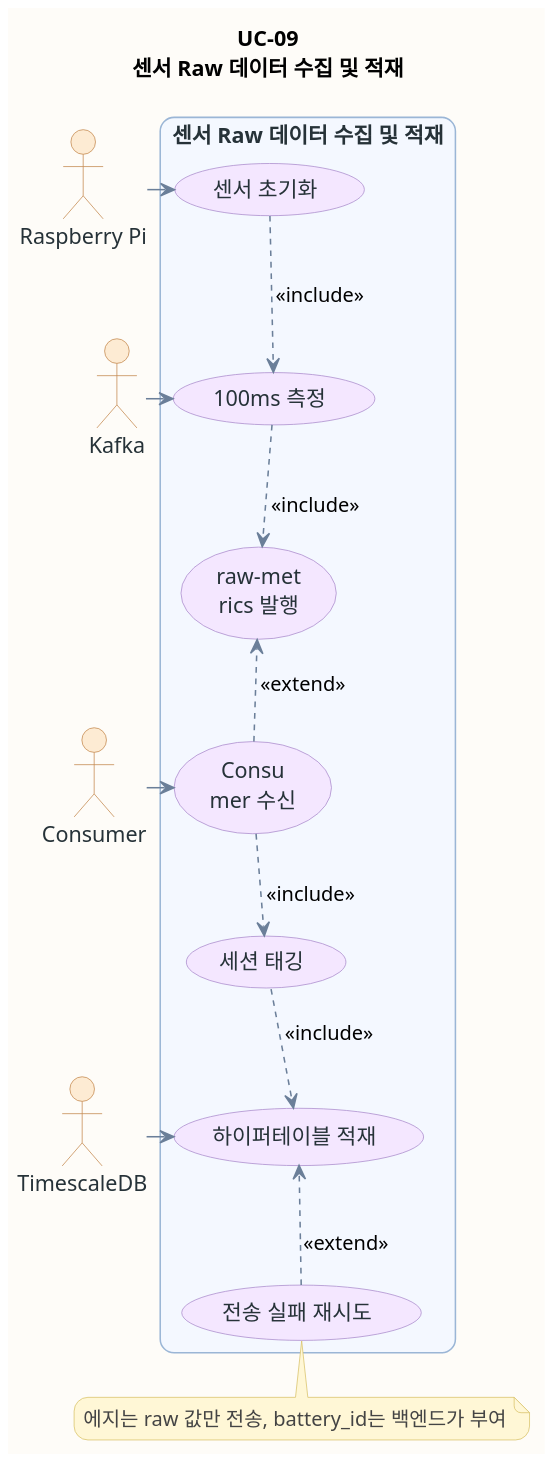
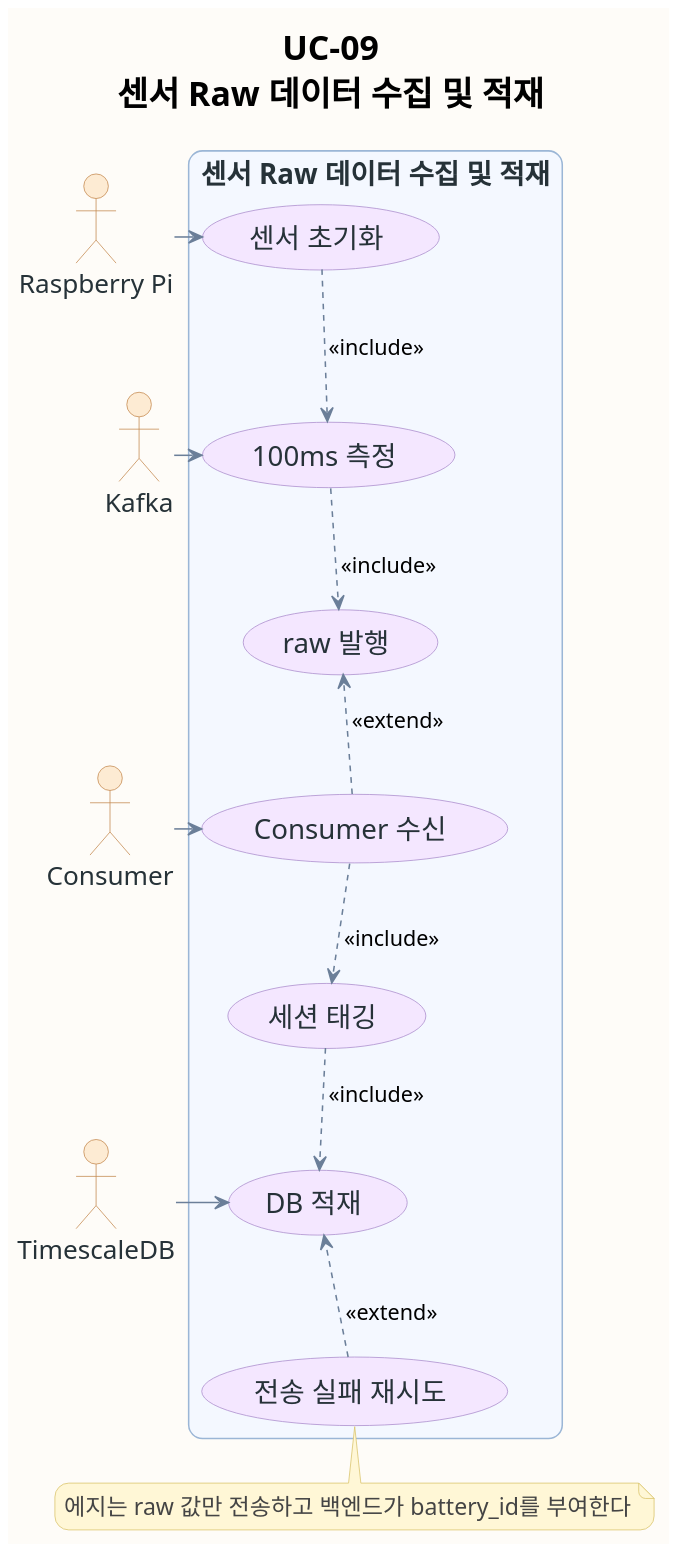
One commit to ricky30825-creator/BMS changed the diagram in assets/diagrams/usecase/uc-09-usecase.puml. Above: the diagram before and after it, drawn with PlantUML. The commit also changed 32 other files, not shown here.

Commit message:
docs: normalize usecase diagram typography

```diff
--- a/assets/diagrams/usecase/uc-09-usecase.puml
+++ b/assets/diagrams/usecase/uc-09-usecase.puml
@@ -1,67 +1,73 @@
 @startuml
 !pragma layout smetana
 skinparam backgroundColor #FEFCF8
 skinparam shadowing false
 skinparam dpi 180
 skinparam defaultFontName "AppleGothic"
+skinparam defaultFontSize 18
+skinparam TitleFontSize 22
+skinparam ActorFontSize 17
+skinparam UsecaseFontSize 18
+skinparam NoteFontSize 15
+skinparam ArrowFontSize 14
 skinparam roundcorner 18
 skinparam usecase {
   BackgroundColor #F8FAFC
   BorderColor #8EA7C2
   ArrowColor #6B7F99
   FontColor #263238
 }
 skinparam actor {
   BackgroundColor #FDEBD3
   BorderColor #C58A50
   FontColor #263238
 }
 skinparam rectangle {
   BackgroundColor #F4F8FF
   BorderColor #9BB6D6
   FontColor #263238
 }
 skinparam note {
   BackgroundColor #FFF7D6
   BorderColor #D9C36A
   FontColor #444444
 }
 top to bottom direction
 skinparam usecase {
   BackgroundColor #F4E7FF
   BorderColor #AA8DCC
 }
 title UC-09\n센서 Raw 데이터 수집 및 적재
 actor "Raspberry Pi" as A
 actor "Kafka" as S1
 actor "Consumer" as S2
 actor "TimescaleDB" as S3
 rectangle "센서 Raw 데이터 수집 및 적재" {
   usecase "센서 초기화" as U1
   usecase "100ms 측정" as U2
-  usecase "raw-met\nrics 발행" as U3
-  usecase "Consu\nmer 수신" as U4
+  usecase "raw 발행" as U3
+  usecase "Consumer 수신" as U4
   usecase "세션 태깅" as U5
-  usecase "하이퍼테이블 적재" as U6
+  usecase "DB 적재" as U6
   usecase "전송 실패 재시도" as U7
 }
 U1 -[hidden]down- U2
 U2 -[hidden]down- U3
 U3 -[hidden]down- U4
 U4 -[hidden]down- U5
 U5 -[hidden]down- U6
 U6 -[hidden]down- U7
 A -right-> U1
 S1 -left-> U2
 S2 -left-> U4
 S3 -left-> U6
 U1 ..> U2 : <<include>>
 U2 ..> U3 : <<include>>
 U4 ..> U3 : <<extend>>
 U4 ..> U5 : <<include>>
 U5 ..> U6 : <<include>>
 U7 ..> U6 : <<extend>>
 note bottom of U7
-에지는 raw 값만 전송, battery_id는 백엔드가 부여
+에지는 raw 값만 전송하고 백엔드가 battery_id를 부여한다
 end note
 @enduml
```
